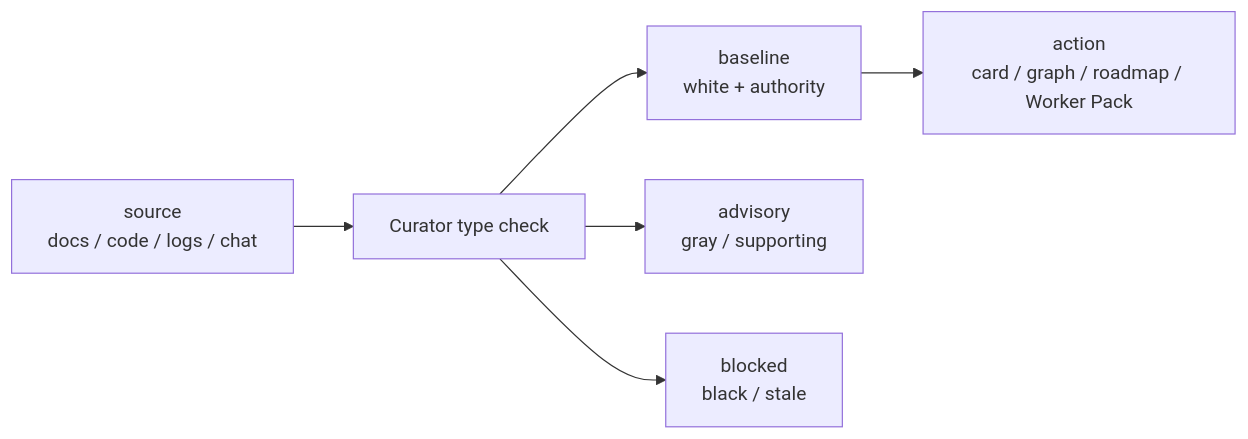
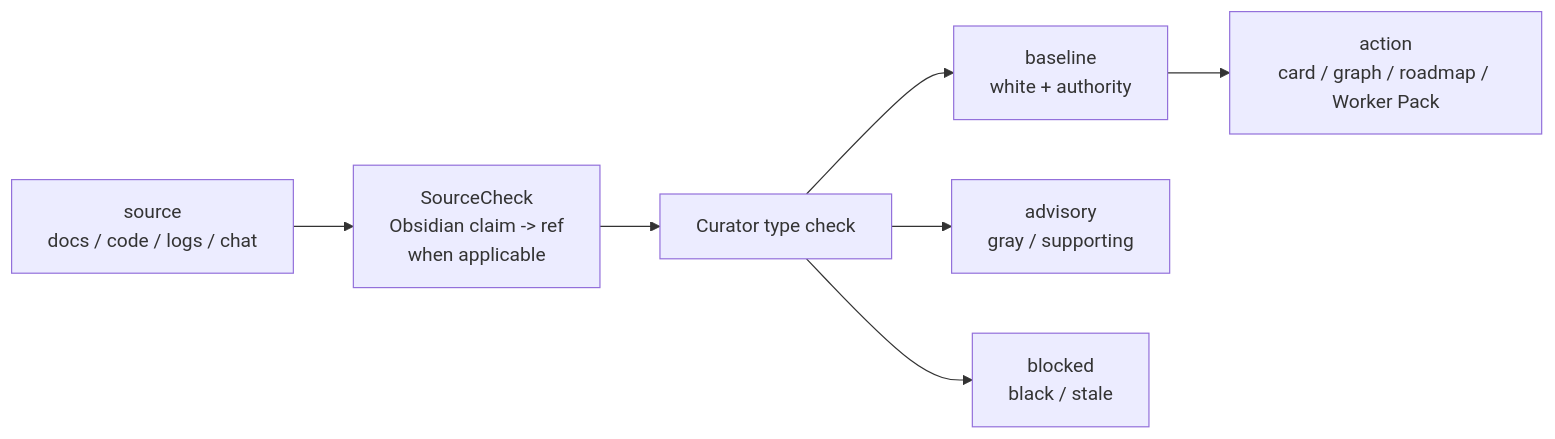
Before and after one commit to nds15763/workskills: the diagram in project-knowledge-curator/SKILL.md, drawn with Mermaid. The commit also changed other lines of this file and 9 other files, not shown here.

````diff
--- a/project-knowledge-curator/SKILL.md
+++ b/project-knowledge-curator/SKILL.md
@@ -44,8 +46,9 @@
 ```mermaid
 flowchart LR
-  A["source<br/>docs / code / logs / chat"] --> B["Curator type check"]
-  B --> C["baseline<br/>white + authority"]
-  B --> D["advisory<br/>gray / supporting"]
-  B --> E["blocked<br/>black / stale"]
-  C --> F["action<br/>card / graph / roadmap / Worker Pack"]
+  A["source<br/>docs / code / logs / chat"] --> B["SourceCheck<br/>Obsidian claim -> ref<br/>when applicable"]
+  B --> C["Curator type check"]
+  C --> D["baseline<br/>white + authority"]
+  C --> E["advisory<br/>gray / supporting"]
+  C --> F["blocked<br/>black / stale"]
+  D --> G["action<br/>card / graph / roadmap / Worker Pack"]
 ```
````
